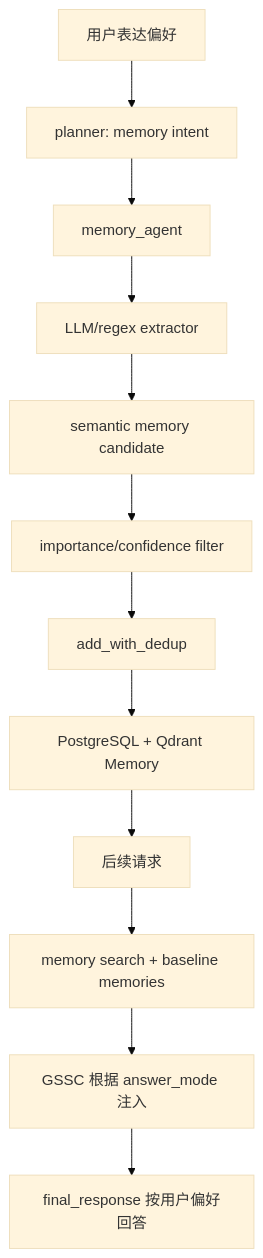
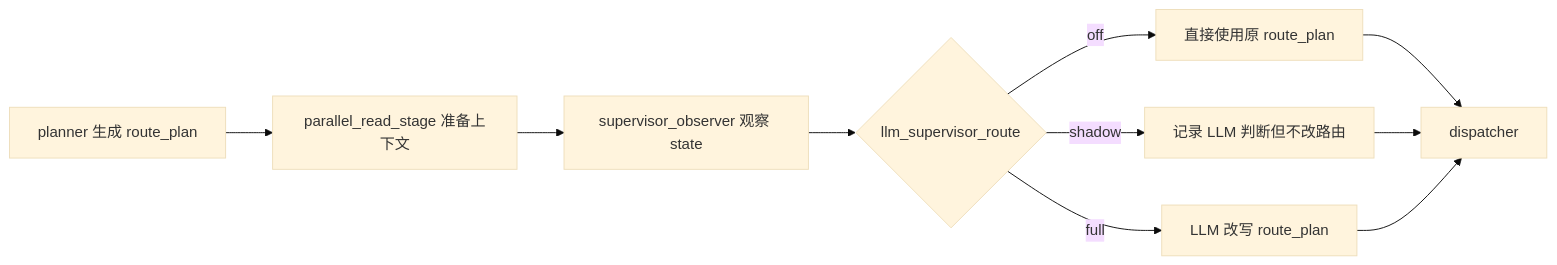
One commit to Ordish-cell/InsightGap-Agent changed the sixth of 27 diagrams in agent面试.md. Above: the diagram before and after it, drawn with Mermaid (base theme). The commit also changed other lines of this file and 16 other files, not shown here.

````diff
--- a/agent面试.md
+++ b/agent面试.md
@@ -546,14 +480,12 @@
 ```mermaid
-flowchart TD
-    A["用户表达偏好"] --> B["planner: memory intent"]
-    B --> C["memory_agent"]
-    C --> D["LLM/regex extractor"]
-    D --> E["semantic memory candidate"]
-    E --> F["importance/confidence filter"]
-    F --> G["add_with_dedup"]
-    G --> H["PostgreSQL + Qdrant Memory"]
-    H --> I["后续请求"]
-    I --> J["memory search + baseline memories"]
-    J --> K["GSSC 根据 answer_mode 注入"]
-    K --> L["final_response 按用户偏好回答"]
+flowchart LR
+    A["planner 生成 route_plan"] --> B["parallel_read_stage 准备上下文"]
+    B --> C["supervisor_observer 观察 state"]
+    C --> D{"llm_supervisor_route"}
+    D -->|off| E["直接使用原 route_plan"]
+    D -->|shadow| F["记录 LLM 判断但不改路由"]
+    D -->|full| G["LLM 改写 route_plan"]
+    E --> H["dispatcher"]
+    F --> H
+    G --> H
 ```
````
